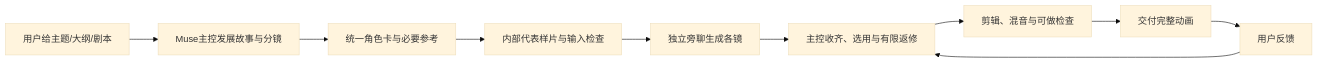
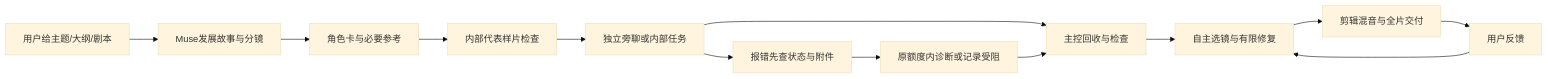
One commit to toosielu/muse-director changed the diagram in README.md. Above: the diagram before and after it, drawn with Mermaid (base theme). The commit also changed other lines of this file and 1 other file, not shown here.

````diff
--- a/README.md
+++ b/README.md
@@ -27,12 +27,15 @@
 ```mermaid
 flowchart LR
-    A[用户给主题/大纲/剧本] --> B[Muse主控发展故事与分镜]
-    B --> C[统一角色卡与必要参考]
-    C --> D[内部代表样片与输入检查]
-    D --> E[独立旁聊生成各镜]
-    E --> F[主控收齐、选用与有限返修]
-    F --> G[剪辑、混音与可做检查]
-    G --> H[交付完整动画]
+    A[用户给主题/大纲/剧本] --> B[Muse发展故事与分镜]
+    B --> C[角色卡与必要参考]
+    C --> D[内部代表样片检查]
+    D --> E[独立旁聊或内部任务]
+    E --> F[主控回收与检查]
+    F --> G[自主选镜与有限修复]
+    G --> H[剪辑混音与全片交付]
     H --> I[用户反馈]
-    I --> F
+    I --> G
+    E --> J[报错先查状态与附件]
+    J --> K[原额度内诊断或记录受阻]
+    K --> F
 ```
````
